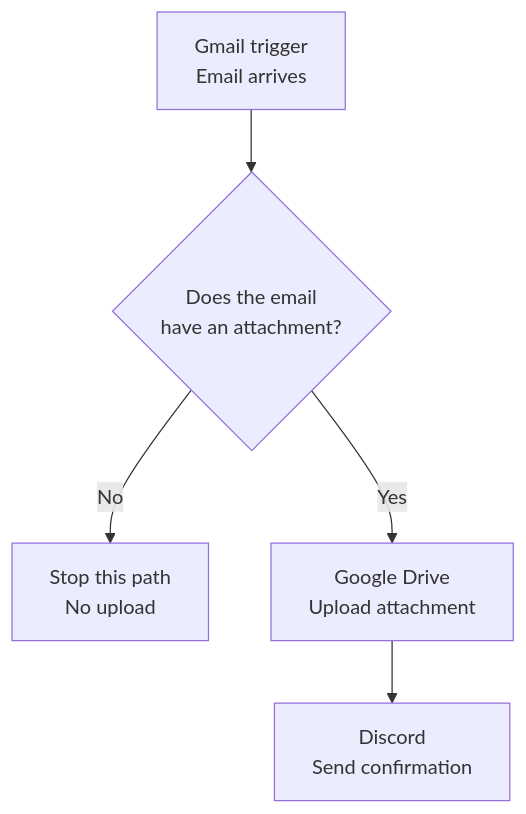
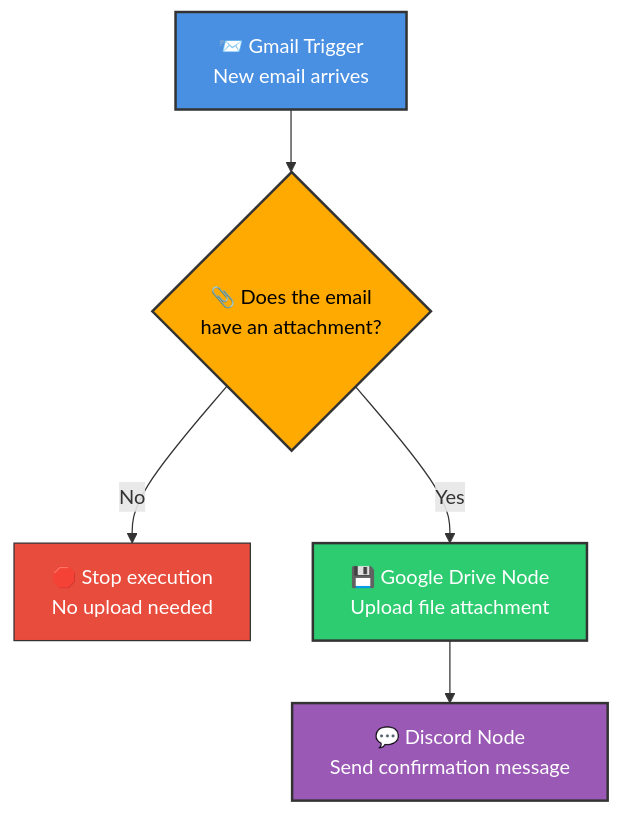
One commit to shashilabs-io/n8n-docs changed the second of 3 diagrams in 1_n8n_Introduction/03_Chapter_What_is_n8n.md. Above: the diagram before and after it, drawn with Mermaid. The commit also changed other lines of this file and 31 other files, not shown here.

````diff
--- a/1_n8n_Introduction/03_Chapter_What_is_n8n.md
+++ b/1_n8n_Introduction/03_Chapter_What_is_n8n.md
@@ -94,7 +100,13 @@
 ```mermaid
 flowchart TD
-    A["Gmail trigger<br/>Email arrives"] --> B{"Does the email<br/>have an attachment?"}
-    B -- "No" --> C["Stop this path<br/>No upload"]
-    B -- "Yes" --> D["Google Drive<br/>Upload attachment"]
-    D --> E["Discord<br/>Send confirmation"]
+    A["📨 Gmail Trigger<br/>New email arrives"] --> B{"📎 Does the email<br/>have an attachment?"}
+    B -- No --> C["🛑 Stop execution<br/>No upload needed"]
+    B -- Yes --> D["💾 Google Drive Node<br/>Upload file attachment"]
+    D --> E["💬 Discord Node<br/>Send confirmation message"]
+
+    style A fill:#4A90E2,stroke:#333,stroke-width:2px,color:#fff
+    style B fill:#FFAA00,stroke:#333,stroke-width:2px,color:#000
+    style C fill:#E74C3C,stroke:#333,stroke-width:1px,color:#fff
+    style D fill:#2ECC71,stroke:#333,stroke-width:2px,color:#fff
+    style E fill:#9B59B6,stroke:#333,stroke-width:2px,color:#fff
 ```
````
